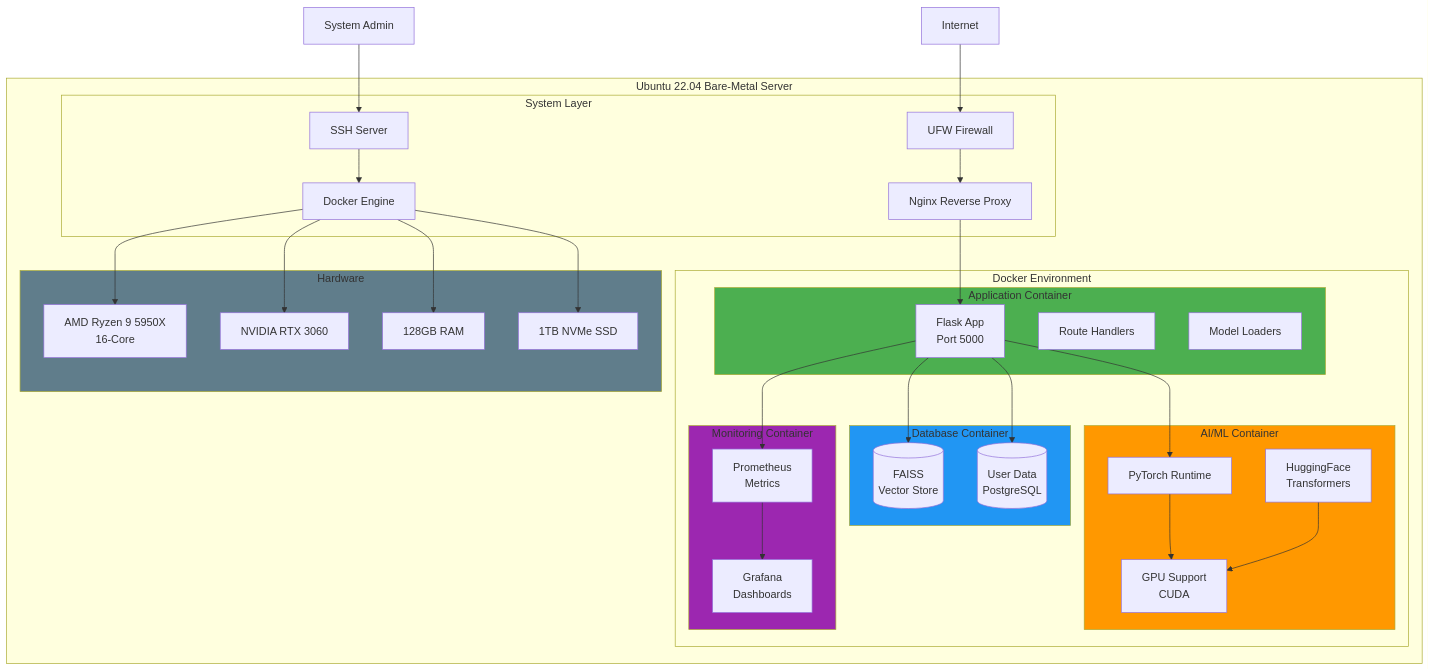
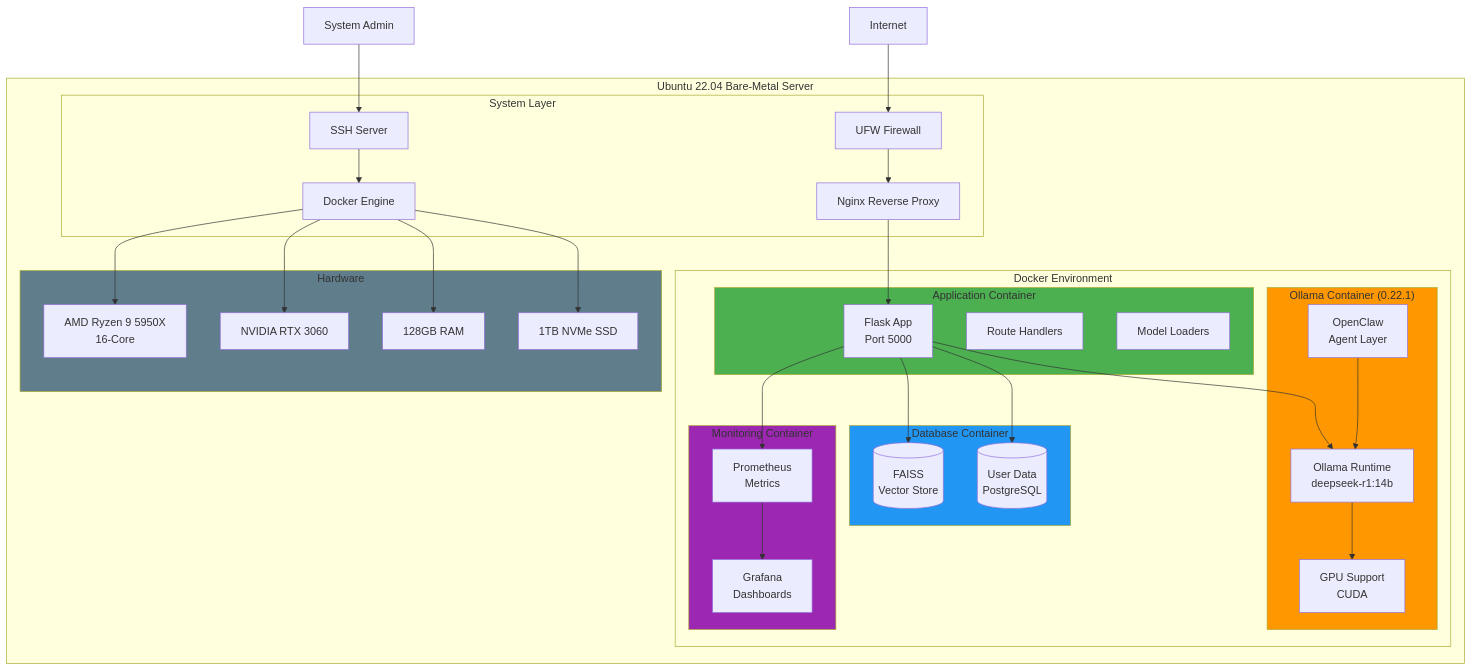
One commit to danindiana/PathfinderLM changed the fifth of 6 diagrams in README.md. Above: the diagram before and after it, drawn with Mermaid. The commit also changed other lines of this file and 21 other files, not shown here.

First line of the commit message:
feat: reposition to local-first stack (Ollama 0.22.1 + OpenClaw, dockerized) (#6)

````diff
--- a/README.md
+++ b/README.md
@@ -318,70 +319,70 @@
 ```mermaid
 graph TB
     subgraph UbuntuServer["Ubuntu 22.04 Bare-Metal Server"]
         subgraph DockerEnv["Docker Environment"]
             subgraph AppContainer["Application Container"]
                 Flask[Flask App<br/>Port 5000]
                 Routes[Route Handlers]
                 Models[Model Loaders]
             end
 
             subgraph DBContainer["Database Container"]
                 VectorDB[(FAISS<br/>Vector Store)]
                 UserDB[(User Data<br/>PostgreSQL)]
             end
 
-            subgraph AIMLContainer["AI/ML Container"]
+            subgraph AIMLContainer["Ollama Container (0.22.1)"]
                 GPU[GPU Support<br/>CUDA]
-                PyTorch[PyTorch Runtime]
-                Transformers[HuggingFace<br/>Transformers]
+                OllamaRT[Ollama Runtime<br/>deepseek-r1:14b]
+                OpenClaw[OpenClaw<br/>Agent Layer]
             end
 
             subgraph MonitorContainer["Monitoring Container"]
                 Prometheus[Prometheus<br/>Metrics]
                 Grafana[Grafana<br/>Dashboards]
             end
         end
 
         subgraph SystemLayer["System Layer"]
             Docker[Docker Engine]
             Nginx[Nginx Reverse Proxy]
             Firewall[UFW Firewall]
             SSH[SSH Server]
         end
 
         subgraph Hardware["Hardware"]
             CPU[AMD Ryzen 9 5950X<br/>16-Core]
             GPUHard[NVIDIA RTX 3060]
             RAM[128GB RAM]
             Storage[1TB NVMe SSD]
         end
     end
 
     Internet[Internet] --> Firewall
     Firewall --> Nginx
     Nginx --> Flask
 
     Flask --> VectorDB
     Flask --> UserDB
-    Flask --> PyTorch
+    Flask --> OllamaRT
 
-    PyTorch --> GPU
-    Transformers --> GPU
+    OllamaRT --> GPU
+    OpenClaw --> OllamaRT
 
     Flask --> Prometheus
     Prometheus --> Grafana
 
     Docker --> CPU
     Docker --> GPUHard
     Docker --> RAM
     Docker --> Storage
 
     Admin[System Admin] --> SSH
     SSH --> Docker
 
     style AppContainer fill:#4CAF50
     style DBContainer fill:#2196F3
     style AIMLContainer fill:#FF9800
     style MonitorContainer fill:#9C27B0
     style Hardware fill:#607D8B
 ```
````
